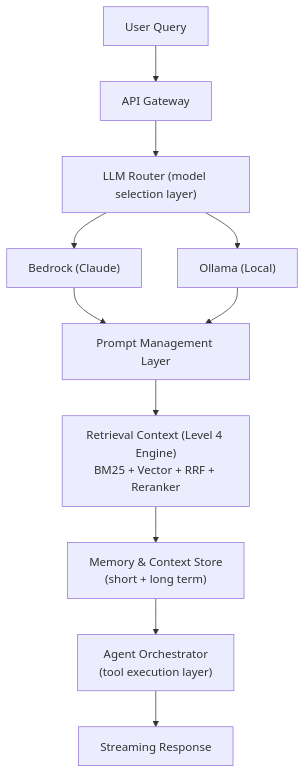
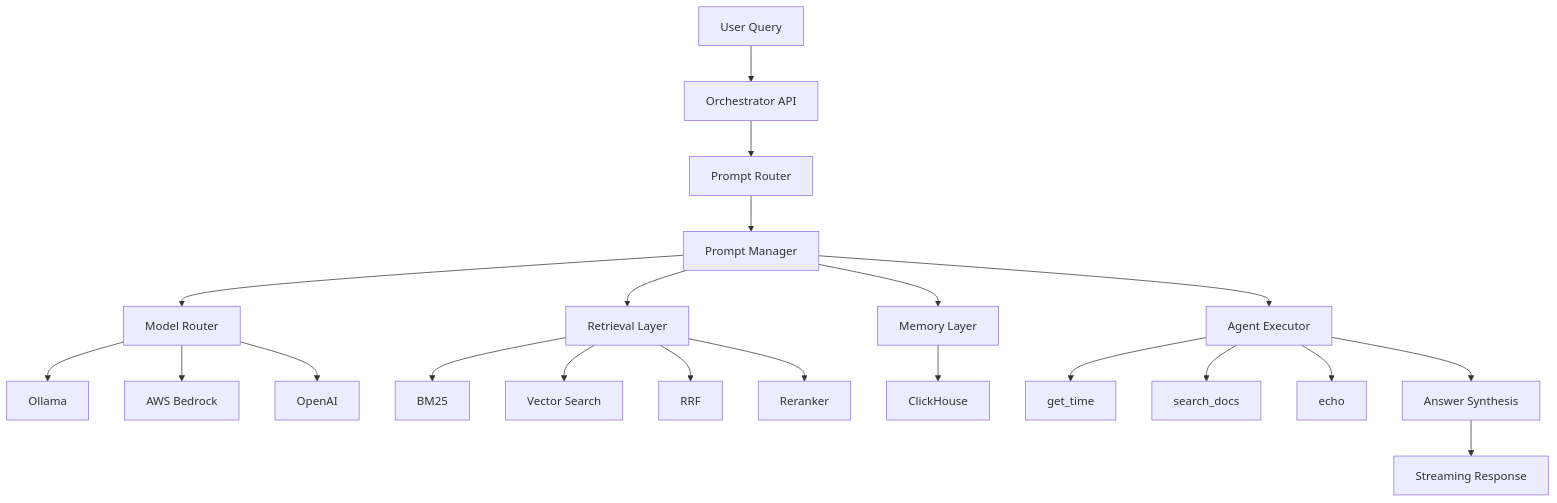
One commit to eyespan/ai-analytics-copilot changed the diagram in DESIGN_LEVEL5.md. Above: the diagram before and after it, drawn with Mermaid. The commit also changed other lines of this file and 1 other file, not shown here.

Commit message:
Added level5 readme and updated design document

````diff
--- a/DESIGN_LEVEL5.md
+++ b/DESIGN_LEVEL5.md
@@ -33,13 +54,37 @@
 ```mermaid
 flowchart TD
-    A[User Query] --> B[API Gateway]
-    B --> C["LLM Router (model selection layer)"]
-    C --> D["Bedrock (Claude)"]
-    C --> E["Ollama (Local)"]
-    D --> F[Prompt Management Layer]
-    E --> F
-    F --> G["Retrieval Context (Level 4 Engine)\nBM25 + Vector + RRF + Reranker"]
-    G --> H["Memory & Context Store\n(short + long term)"]
-    H --> I["Agent Orchestrator\n(tool execution layer)"]
-    I --> J[Streaming Response]
+
+A[User Query]
+    --> B[Orchestrator API]
+
+B --> C[Prompt Router]
+
+C --> D[Prompt Manager]
+
+D --> E[Model Router]
+
+E --> F[Ollama]
+E --> G[AWS Bedrock]
+E --> H[OpenAI]
+
+D --> I[Retrieval Layer]
+
+I --> J[BM25]
+I --> K[Vector Search]
+I --> L[RRF]
+I --> M[Reranker]
+
+D --> N[Memory Layer]
+
+N --> O[ClickHouse]
+
+D --> P[Agent Executor]
+
+P --> Q[get_time]
+P --> R[search_docs]
+P --> S[echo]
+
+P --> T[Answer Synthesis]
+
+T --> U[Streaming Response]
 ```
````
